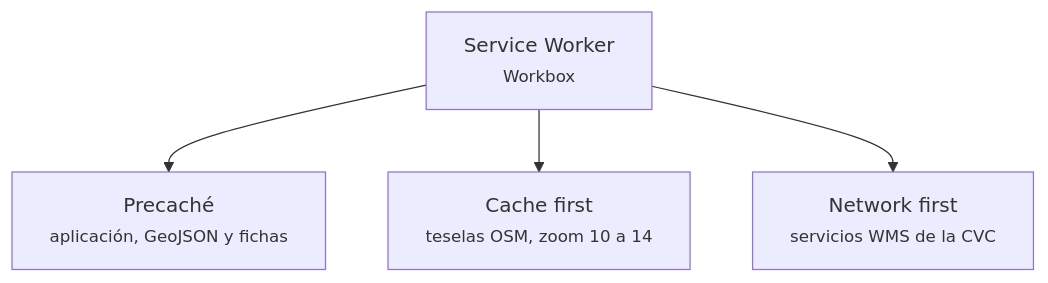
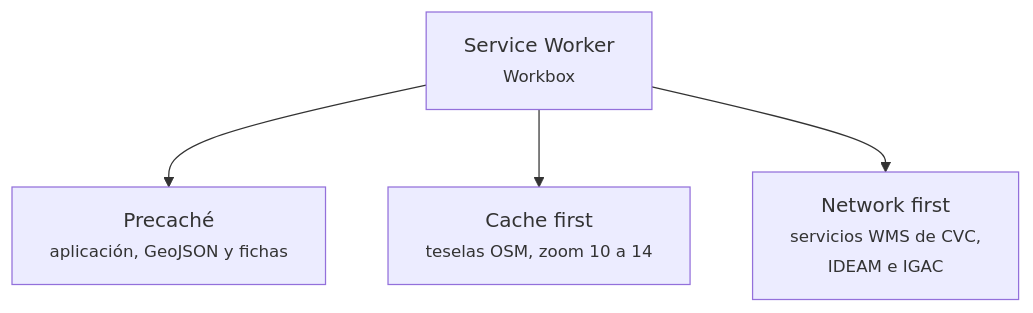
The diagram in docs/generador/mmd/mt-11.mmd (DevCristobalvc/geovisor-sevillavalle), drawn with Mermaid before and after one commit. The commit also changed 49 other files, not shown here.

```diff
--- a/docs/generador/mmd/mt-11.mmd
+++ b/docs/generador/mmd/mt-11.mmd
@@ -1,4 +1,4 @@
 flowchart TD
     SW["Service Worker<br/><small>Workbox</small>"] --> A["Precaché<br/><small>aplicación, GeoJSON y fichas</small>"]
     SW --> B["Cache first<br/><small>teselas OSM, zoom 10 a 14</small>"]
-    SW --> C["Network first<br/><small>servicios WMS de la CVC</small>"]
+    SW --> C["Network first<br/><small>servicios WMS de CVC,<br/>IDEAM e IGAC</small>"]
```
